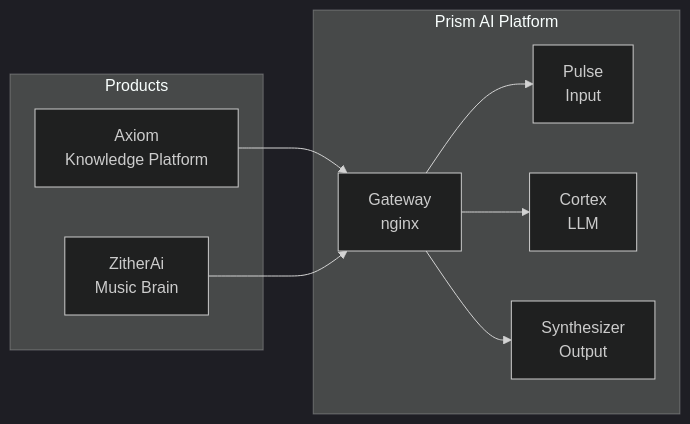
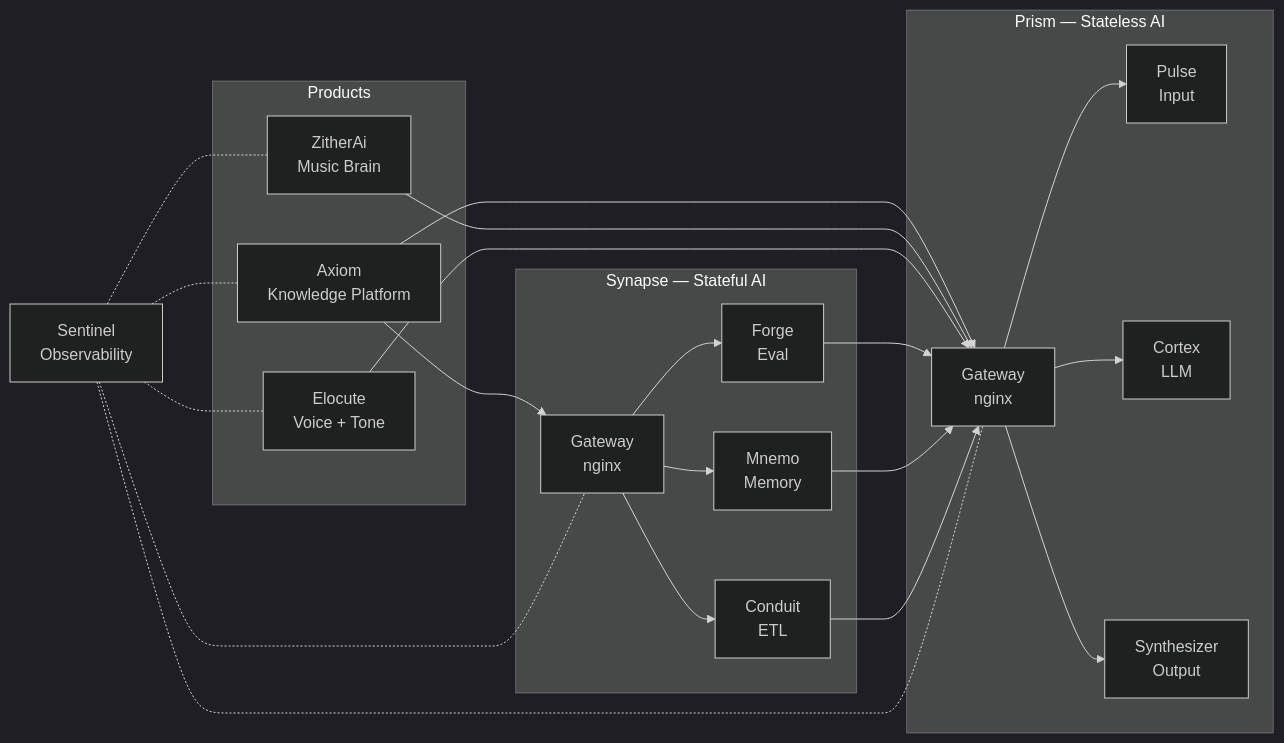
One commit to vsinghal3737/vsinghal3737 changed the first of 7 diagrams in README.md. Above: the diagram before and after it, drawn with Mermaid (dark theme). The commit also changed other lines of this file, not shown here.

First line of the commit message:
update(readme): full refresh — add Elocute, Synapse, Sentinel, refresh all descriptions (#2)

````diff
--- a/README.md
+++ b/README.md
@@ -45,18 +55,45 @@
 ```mermaid
 flowchart LR
     subgraph Products
         Axiom["Axiom<br/>Knowledge Platform"]
         ZitherAi["ZitherAi<br/>Music Brain"]
+        Elocute["Elocute<br/>Voice + Tone"]
     end
 
-    subgraph Prism["Prism AI Platform"]
-        GW["Gateway<br/>nginx"]
+    subgraph Prism["Prism — Stateless AI"]
+        PGW["Gateway<br/>nginx"]
         P["Pulse<br/>Input"]
         C["Cortex<br/>LLM"]
         S["Synthesizer<br/>Output"]
     end
 
-    Axiom --> GW
-    ZitherAi --> GW
-    GW --> P & C & S
+    subgraph Synapse["Synapse — Stateful AI"]
+        SGW["Gateway<br/>nginx"]
+        F["Forge<br/>Eval"]
+        M["Mnemo<br/>Memory"]
+        D["Conduit<br/>ETL"]
+    end
+
+    Sentinel["Sentinel<br/>Observability"]
+
+    Axiom --> PGW
+    Axiom --> SGW
+    ZitherAi --> PGW
+    Elocute --> PGW
+    F --> PGW
+    M --> PGW
+    D --> PGW
+
+    PGW --> P
+    PGW --> C
+    PGW --> S
+    SGW --> F
+    SGW --> M
+    SGW --> D
+
+    Sentinel -.- Axiom
+    Sentinel -.- ZitherAi
+    Sentinel -.- Elocute
+    Sentinel -.- PGW
+    Sentinel -.- SGW
 ```
````
